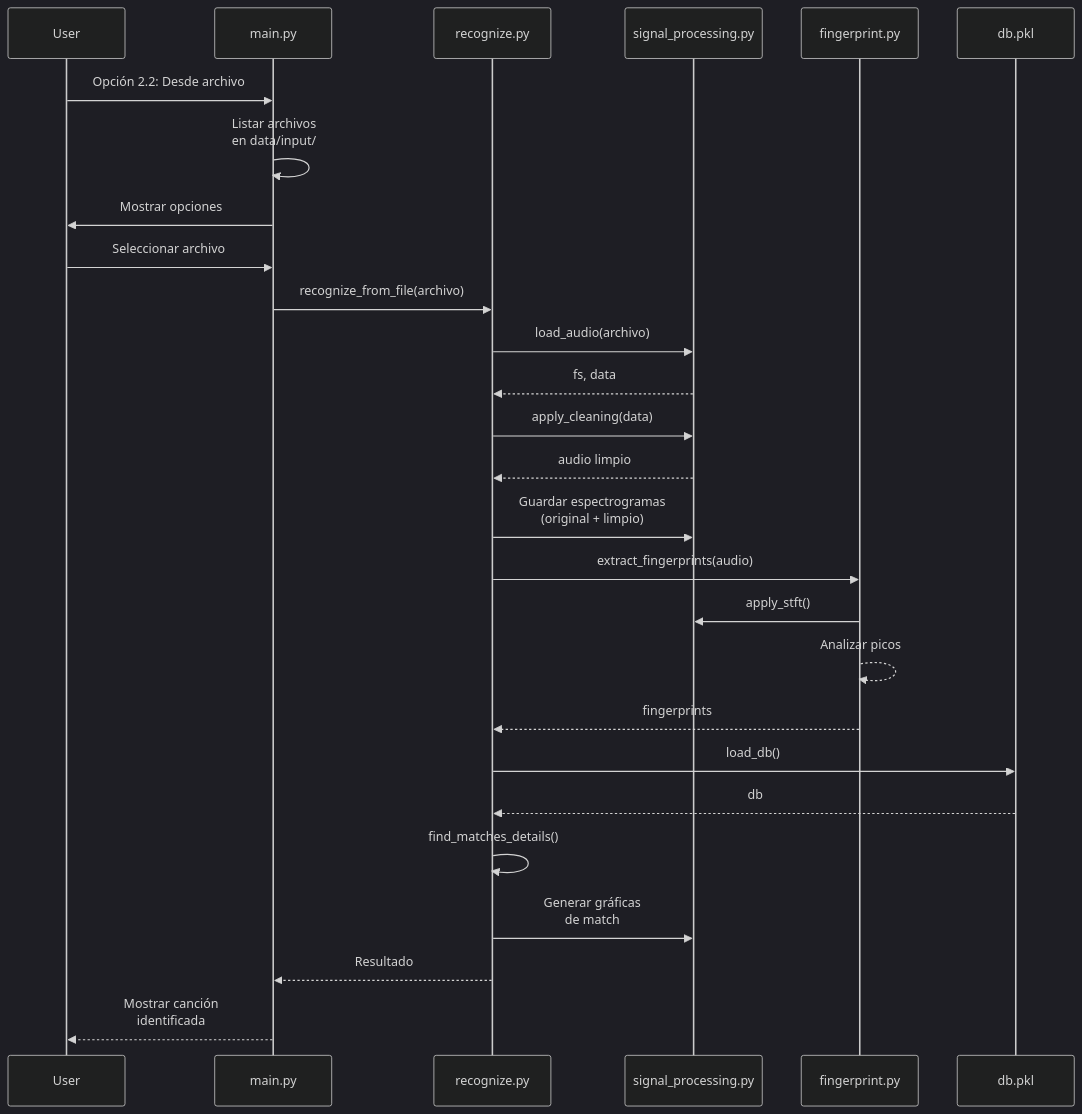
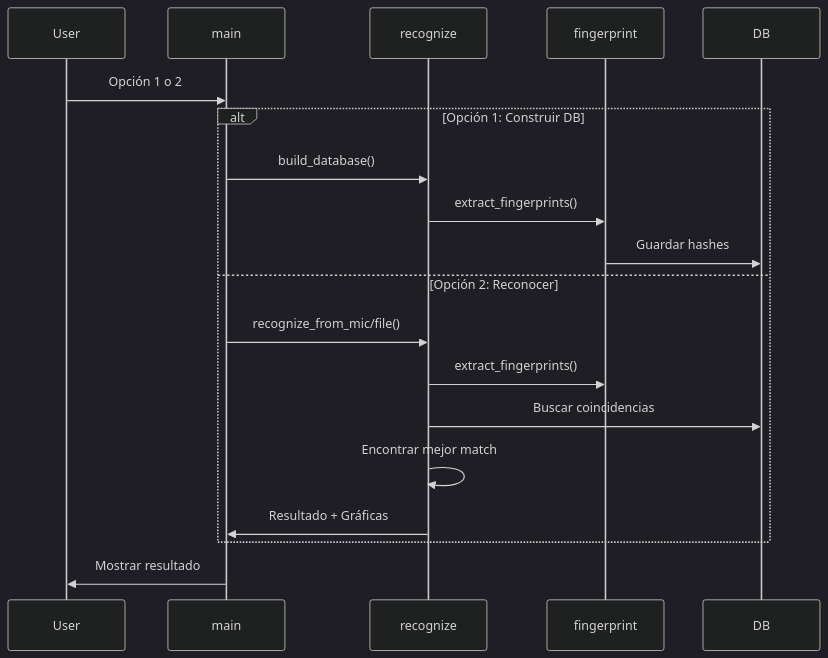
Before and after one commit to alejoDev117/Matematicas-especiales: the second of 2 diagrams in README.md, drawn with Mermaid (dark theme). The commit also changed other lines of this file, not shown here.

````diff
--- a/README.md
+++ b/README.md
@@ -154,38 +52,24 @@
 ```mermaid
 sequenceDiagram
     participant User
-    participant main.py
-    participant recognize.py
-    participant signal_processing.py
-    participant fingerprint.py
-    participant Database as db.pkl
+    participant main
+    participant recognize
+    participant fingerprint
+    participant DB
     
-    User->>main.py: Opción 2.2: Desde archivo
-    main.py->>main.py: Listar archivos<br/>en data/input/
-    main.py->>User: Mostrar opciones
-    User->>main.py: Seleccionar archivo
+    User->>main: Opción 1 o 2
     
-    main.py->>recognize.py: recognize_from_file(archivo)
+    alt Opción 1: Construir DB
+        main->>recognize: build_database()
+        recognize->>fingerprint: extract_fingerprints()
+        fingerprint->>DB: Guardar hashes
+    else Opción 2: Reconocer
+        main->>recognize: recognize_from_mic/file()
+        recognize->>fingerprint: extract_fingerprints()
+        recognize->>DB: Buscar coincidencias
+        recognize->>recognize: Encontrar mejor match
+        recognize->>main: Resultado + Gráficas
+    end
     
-    recognize.py->>signal_processing.py: load_audio(archivo)
-    signal_processing.py-->>recognize.py: fs, data
-    
-    recognize.py->>signal_processing.py: apply_cleaning(data)
-    signal_processing.py-->>recognize.py: audio limpio
-    
-    recognize.py->>signal_processing.py: Guardar espectrogramas<br/>(original + limpio)
-    
-    recognize.py->>fingerprint.py: extract_fingerprints(audio)
-    fingerprint.py->>signal_processing.py: apply_stft()
-    fingerprint.py-->>fingerprint.py: Analizar picos
-    fingerprint.py-->>recognize.py: fingerprints
-    
-    recognize.py->>Database: load_db()
-    Database-->>recognize.py: db
-    
-    recognize.py->>recognize.py: find_matches_details()
-    recognize.py->>signal_processing.py: Generar gráficas<br/>de match
-    
-    recognize.py-->>main.py: Resultado
-    main.py-->>User: Mostrar canción<br/>identificada
+    main->>User: Mostrar resultado
 ```
````
